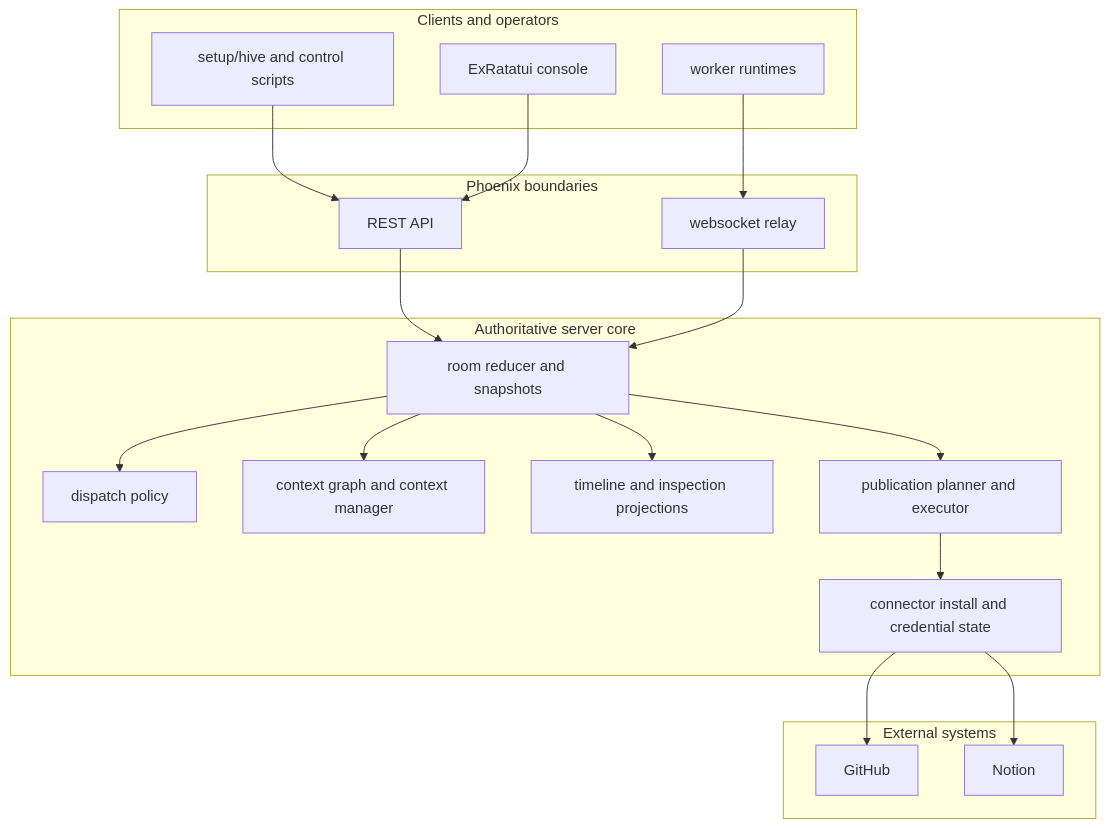
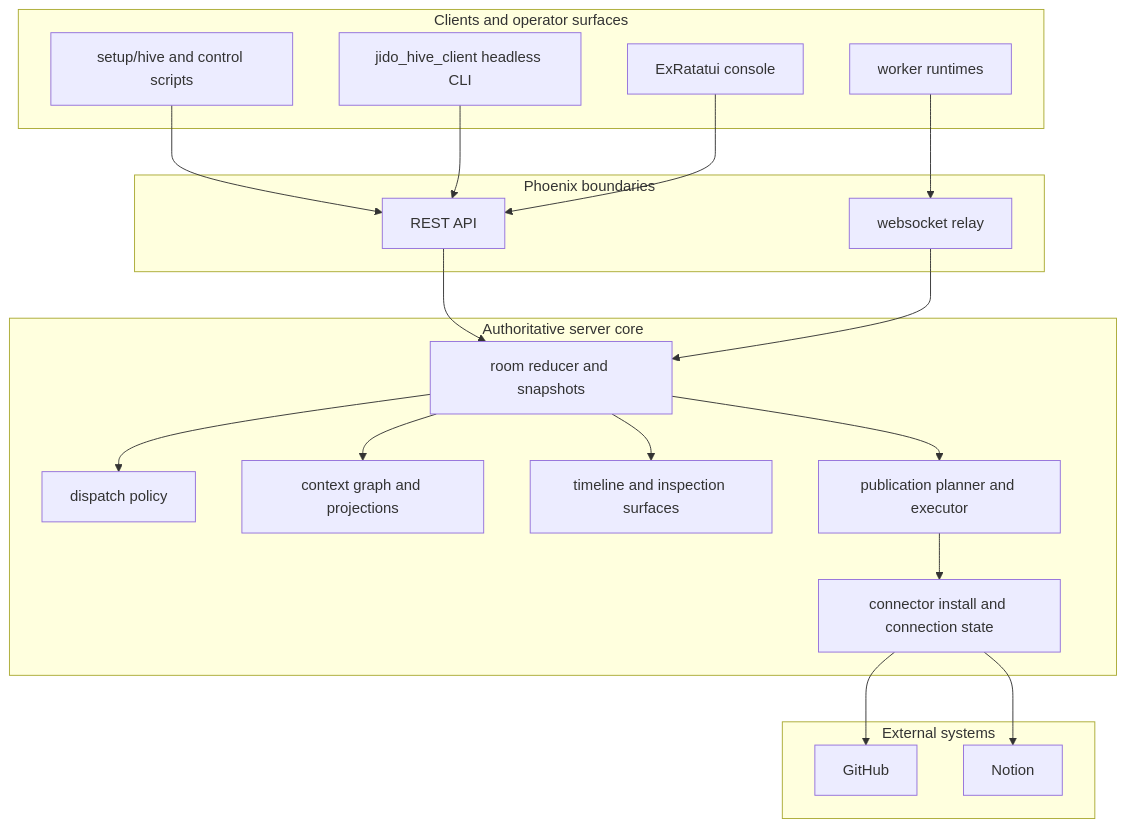
The diagram in jido_hive_server/README.md (nshkrdotcom/jido_hive), drawn with Mermaid before and after one commit. The commit also changed other lines of this file and 33 other files, not shown here.

First line of the commit message:
Refactor console onto headless client operator APIs

````diff
--- a/jido_hive_server/README.md
+++ b/jido_hive_server/README.md
@@ -50,40 +52,42 @@
 ```mermaid
 flowchart TB
-    subgraph Clients[Clients and operators]
+    subgraph Surfaces[Clients and operator surfaces]
       Control[setup/hive and control scripts]
+      Headless[jido_hive_client headless CLI]
       Console[ExRatatui console]
       Workers[worker runtimes]
     end
 
     subgraph Transport[Phoenix boundaries]
       API[REST API]
       Relay[websocket relay]
     end
 
     subgraph Core[Authoritative server core]
       Rooms[room reducer and snapshots]
       Policy[dispatch policy]
-      Context[context graph and context manager]
-      Timeline[timeline and inspection projections]
+      Context[context graph and projections]
+      Timeline[timeline and inspection surfaces]
       Publish[publication planner and executor]
-      Connectors[connector install and credential state]
+      Connectors[connector install and connection state]
     end
 
     subgraph External[External systems]
       GitHub[GitHub]
       Notion[Notion]
     end
 
     Control --> API
+    Headless --> API
     Console --> API
     Workers --> Relay
     API --> Rooms
     Relay --> Rooms
     Rooms --> Policy
     Rooms --> Context
     Rooms --> Timeline
     Rooms --> Publish
     Publish --> Connectors
     Connectors --> GitHub
     Connectors --> Notion
 ```
````
